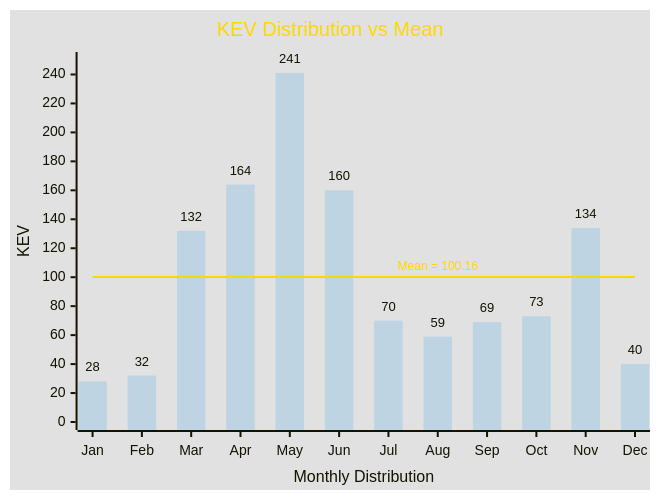
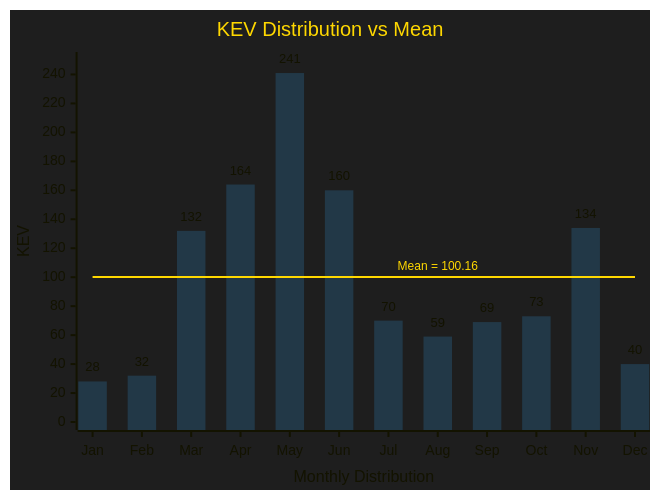
Before and after one commit to myseq/makeshift: the diagram in mdfiles/cisakev36m.md, drawn with Mermaid.

Commit message:
updated data

````diff
--- a/mdfiles/cisakev36m.md
+++ b/mdfiles/cisakev36m.md
@@ -3,24 +3,24 @@
 ```mermaid
 ---
 config:
     xyChart:
         width: 640
         height: 480
         showLegend: true
         showDataLabel: true
         showDataLabelOutsideBar: true
     themeVariables:
         xyChart:
-            backgroundColor: "#e1e1e1"
+            backgroundColor: "#1e1e1e"
             titleColor: "#ffd800"
             plotColorPalette: '#36A2EB33, #ffd800'
 
 ---
 xychart
     title "KEV Distribution vs Mean"
     x-axis "Monthly Distribution" [Jan, Feb, Mar, Apr, May, Jun, Jul, Aug, Sep, Oct, Nov, Dec]
     y-axis "KEV"  0 --> 250
     bar "month" [28, 32, 132, 164, 241, 160, 70, 59, 69, 73, 134, 40]
     line "mean" [100.16, 100.16, 100.16, 100.16, 100.16, 100.16, 100.16, 100.16 "Mean = 100.16", 100.16, 100.16, 100.16, 100.16]
 
 ```
````
